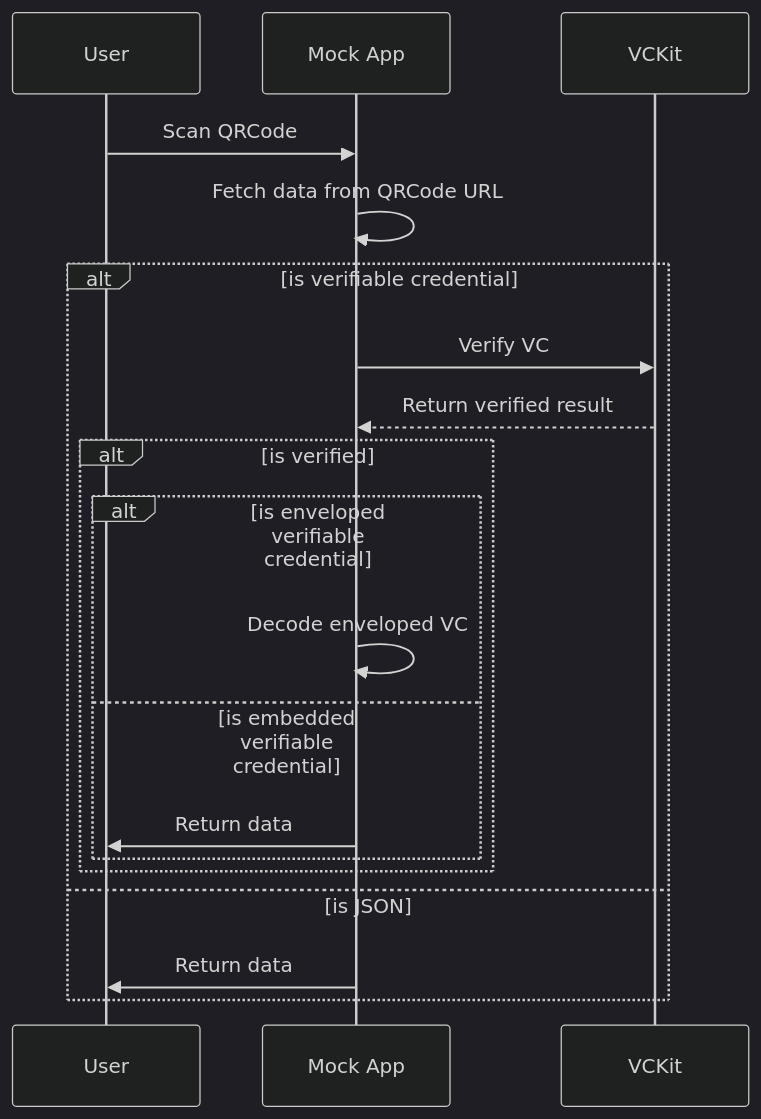
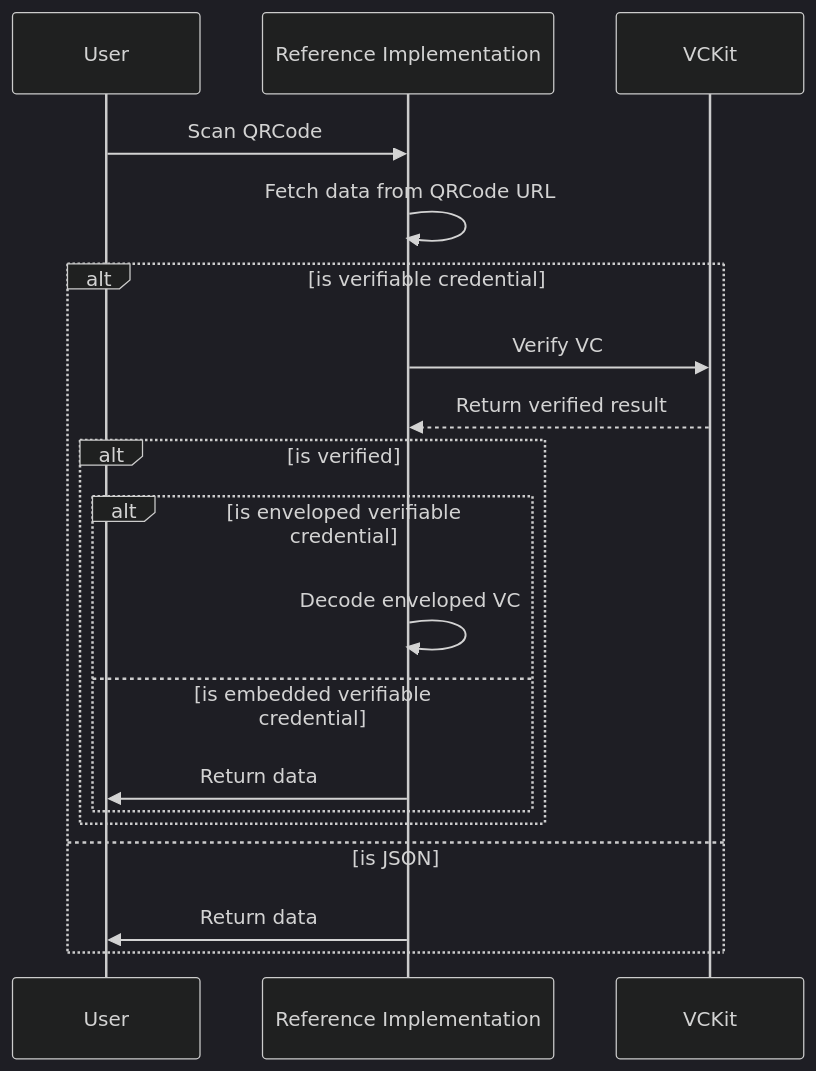
Before and after one commit to uncefact/tests-untp: the diagram in documentation/docs/reference-implementation/components/qr-code-scanner-dialog-button.md, drawn with Mermaid (dark theme). The commit also changed 83 other files, not shown here.

Commit message:
chore: replace mock app with reference implementation

````diff
--- a/documentation/docs/reference-implementation/components/qr-code-scanner-dialog-button.md
+++ b/documentation/docs/reference-implementation/components/qr-code-scanner-dialog-button.md
@@ -28,22 +28,22 @@
 ```mermaid
 sequenceDiagram
     participant U as User
-    participant MA as Mock App
+    participant MA as Reference Implementation
     participant V as VCKit
 
     U->>MA: Scan QRCode
     MA->>MA: Fetch data from QRCode URL
     alt is verifiable credential
         MA->>V: Verify VC
         V-->>MA: Return verified result
         alt is verified
             alt is enveloped verifiable credential
                 MA->>MA: Decode enveloped VC
             else is embedded verifiable credential
                 MA->>U: Return data
             end
         end
     else is JSON
         MA->>U: Return data
     end
 ```
````
